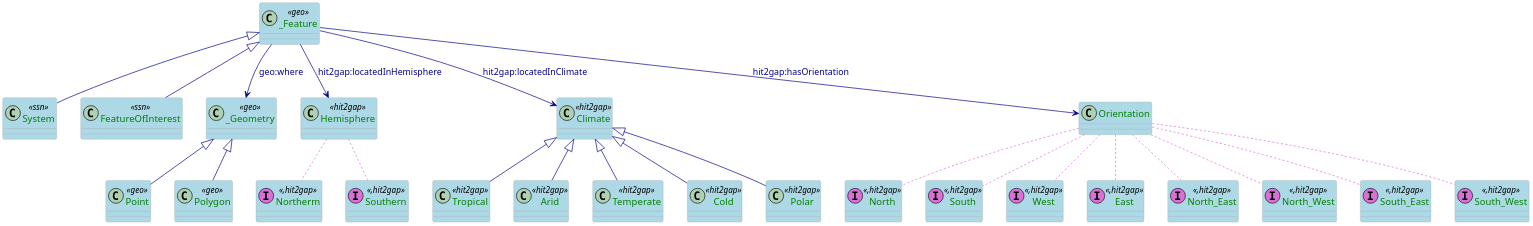
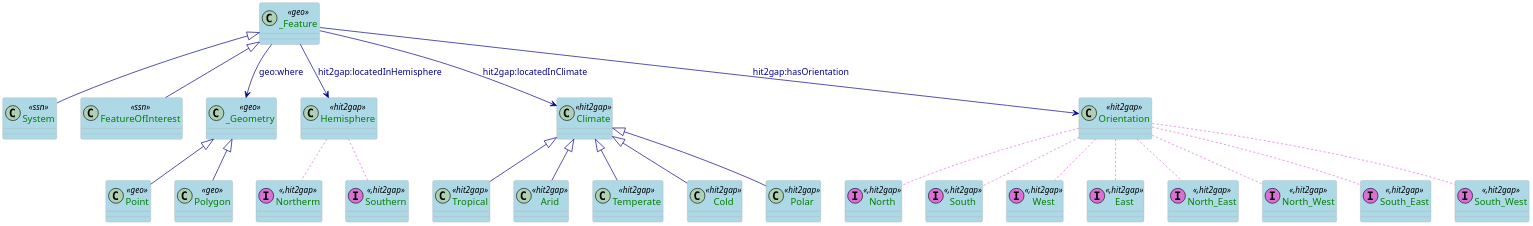
The diagram in docs/plantuml/geo.puml (HIT2GAP-EU-PROJECT/BEMOnt), drawn with PlantUML before and after one commit.

```diff
--- a/docs/plantuml/geo.puml
+++ b/docs/plantuml/geo.puml
@@ -1,80 +1,81 @@
 @startuml
 scale 0.7
 
 skinparam class {
   ArrowColor DarkBlue
   ArrowFontColor DarkBlue
   BackgroundColor LightBlue
   BorderColor DarkGrey
 }
 skinparam dpi 300
 skinparam stereotypeCBackgroundColor Wheat
 skinparam classAttributeFontColor  Green
 
 /'
  Definition of the classes referring the SSN-core part
 '/
 class System <<ssn>>
 class FeatureOfInterest <<ssn>>
 
 /'
   Definition of the Geo-core part
 '/
 class _Feature <<geo>>
 class _Geometry <<geo>>
 class Point <<geo>>
 class Polygon <<geo>>
 class Hemisphere <<hit2gap>>
 class Climate <<hit2gap>>
 class Northerm <<(I,orchid),hit2gap>>
 class Southern <<(I,orchid),hit2gap>>
 class Tropical <<hit2gap>>
 class Arid <<hit2gap>>
 class Temperate <<hit2gap>>
 class Cold <<hit2gap>>
 class Polar <<hit2gap>>
+class Orientation <<hit2gap>>
 
 class North <<(I,orchid),hit2gap>>
 class South <<(I,orchid),hit2gap>>
 class West <<(I,orchid),hit2gap>>
 class East <<(I,orchid),hit2gap>>
 class North_East <<(I,orchid),hit2gap>>
 class North_West <<(I,orchid),hit2gap>>
 class South_East <<(I,orchid),hit2gap>>
 class South_West <<(I,orchid),hit2gap>>
 
 /'
   Definition of the geospatial part using GeoOWL ontology
 '/
 
 _Feature --> _Geometry: geo:where
 _Geometry <|-- Point
 _Geometry <|-- Polygon
 
 _Feature <|-- FeatureOfInterest
 _Feature <|-- System
 
 _Feature --> Hemisphere: hit2gap:locatedInHemisphere
 _Feature --> Climate: hit2gap:locatedInClimate
 
 _Feature --> Orientation: hit2gap:hasOrientation
 
 Orientation..[#orchid] North
 Orientation..[#orchid] South
 Orientation..[#orchid] West
 Orientation..[#orchid] East
 Orientation..[#orchid] North_East
 Orientation..[#orchid] North_West
 Orientation..[#orchid] South_East
 Orientation..[#orchid] South_West
 
 Hemisphere ..[#orchid] Northerm
 Hemisphere ..[#orchid] Southern
 
 Climate <|-- Tropical
 Climate <|-- Arid
 Climate <|-- Temperate
 Climate <|-- Cold
 Climate <|-- Polar
 
 @enduml
```
